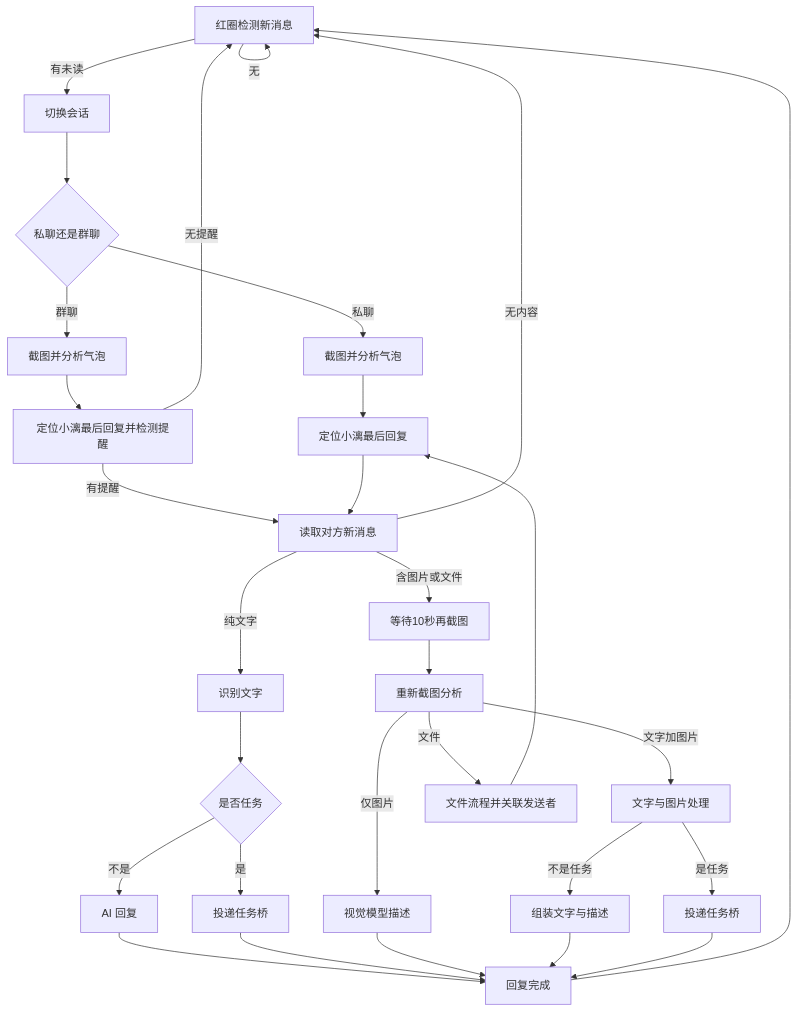
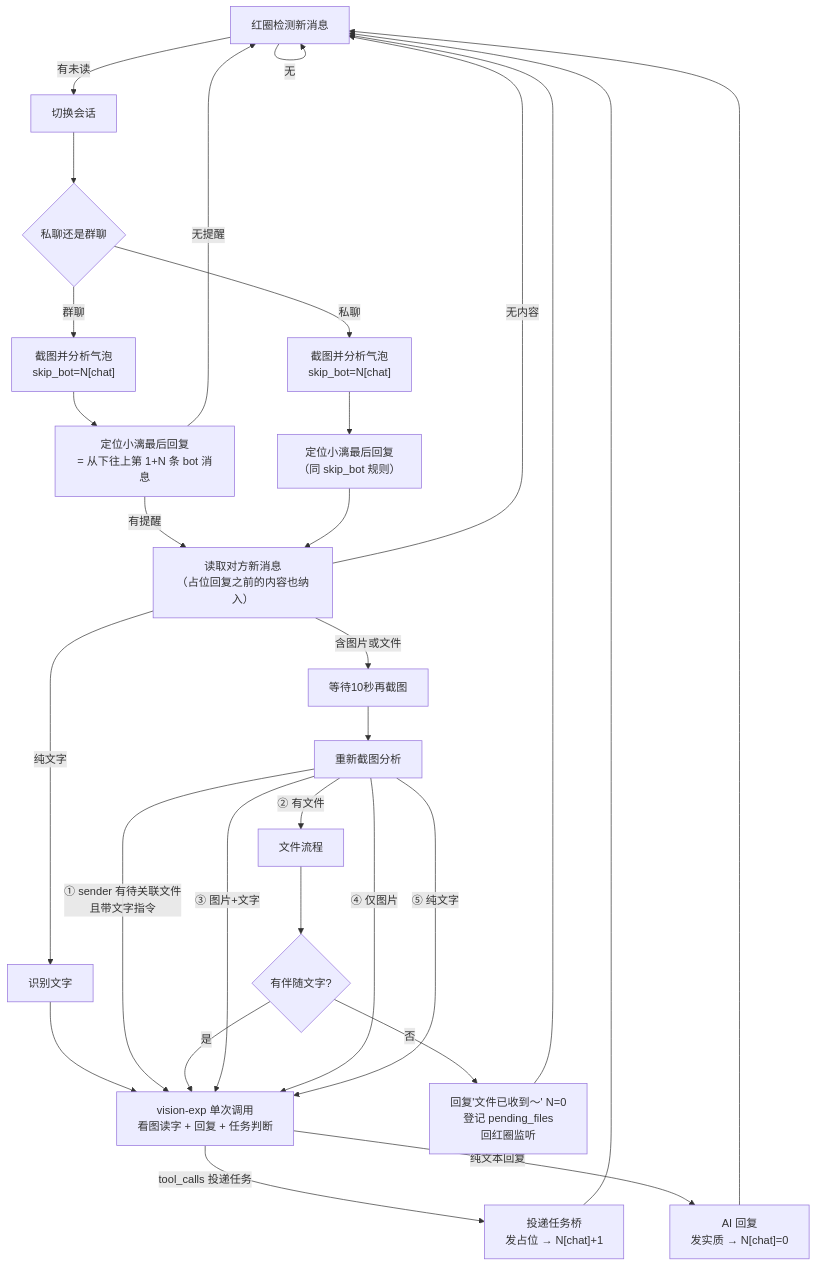
The diagram in README.md (wens6515/weixin-wechat-wxauto-ocr-xiaoli), drawn with Mermaid before and after one commit. The commit also changed other lines of this file and 1 other file, not shown here.

Commit message:
docs: 发布 2.1.0——README 版本号 2.0.0→2.1.0、消息处理 flowchart 更新（vision 单调用分流 + skip_bot + 文件流程三分支）、新增 docs/更新记录-2026-08-23.md（人设进 system + 群聊 sender + 单模型收敛）

````diff
--- a/README.md
+++ b/README.md
@@ -44,32 +44,31 @@
 ```mermaid
 flowchart TD
     A["红圈检测新消息"] -->|无| A
     A -->|有未读| B["切换会话"]
     B --> C{"私聊还是群聊"}
-    C -->|私聊| D["截图并分析气泡"]
-    C -->|群聊| R["截图并分析气泡"]
-    R --> S["定位小漓最后回复并检测提醒"]
+    C -->|私聊| D["截图并分析气泡<br/>skip_bot=N[chat]"]
+    C -->|群聊| R["截图并分析气泡<br/>skip_bot=N[chat]"]
+    R --> S["定位小漓最后回复<br/>= 从下往上第 1+N 条 bot 消息"]
     S -->|无提醒| A
-    S -->|有提醒| F["读取对方新消息"]
-    D --> E["定位小漓最后回复"]
-    E --> F["读取对方新消息"]
+    S -->|有提醒| F["读取对方新消息<br/>（占位回复之前的内容也纳入）"]
+    D --> E["定位小漓最后回复<br/>（同 skip_bot 规则）"]
+    E --> F
     F -->|无内容| A
     F -->|纯文字| G["识别文字"]
     F -->|含图片或文件| H["等待10秒再截图"]
-    G --> I{"是否任务"}
-    I -->|不是| J["AI 回复"]
-    I -->|是| K["投递任务桥"]
+    G --> I["vision-exp 单次调用<br/>看图读字 + 回复 + 任务判断"]
     H --> L["重新截图分析"]
-    L -->|文字加图片| M["文字与图片处理"]
-    L -->|仅图片| N["视觉模型描述"]
-    L -->|文件| O["文件流程并关联发送者"]
-    M -->|不是任务| P["组装文字与描述"]
-    M -->|是任务| Q["投递任务桥"]
-    J --> T["回复完成"]
-    K --> T
-    N --> T
-    P --> T
-    Q --> T
-    O --> E
-    T --> A
+    L -->|① sender 有待关联文件<br/>且带文字指令| I
+    L -->|② 有文件| O["文件流程"]
+    O --> T2{"有伴随文字?"}
+    T2 -->|是| I
+    T2 -->|否| U["回复'文件已收到～' N=0<br/>登记 pending_files<br/>回红圈监听"]
+    L -->|③ 图片+文字| I
+    L -->|④ 仅图片| I
+    L -->|⑤ 纯文字| I
+    I -->|tool_calls 投递任务| K["投递任务桥<br/>发占位 → N[chat]+1"]
+    I -->|纯文本回复| J["AI 回复<br/>发实质 → N[chat]=0"]
+    U --> A
+    K --> A
+    J --> A
 ```
````
